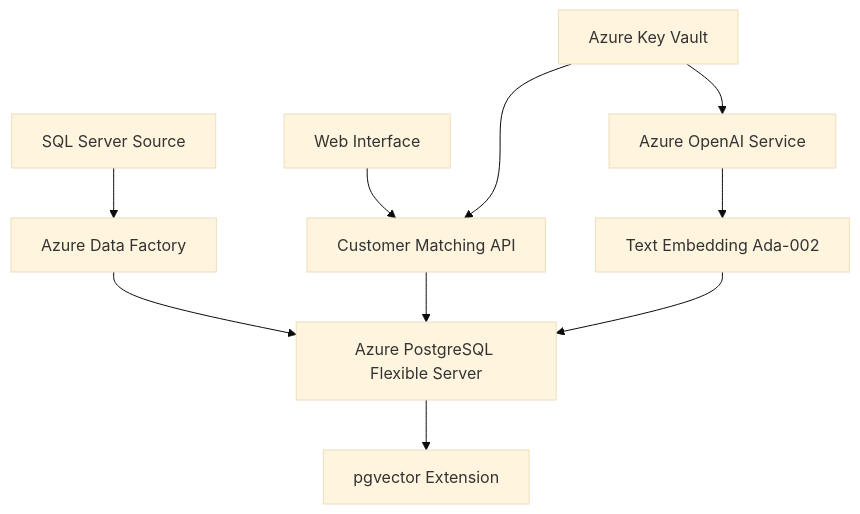
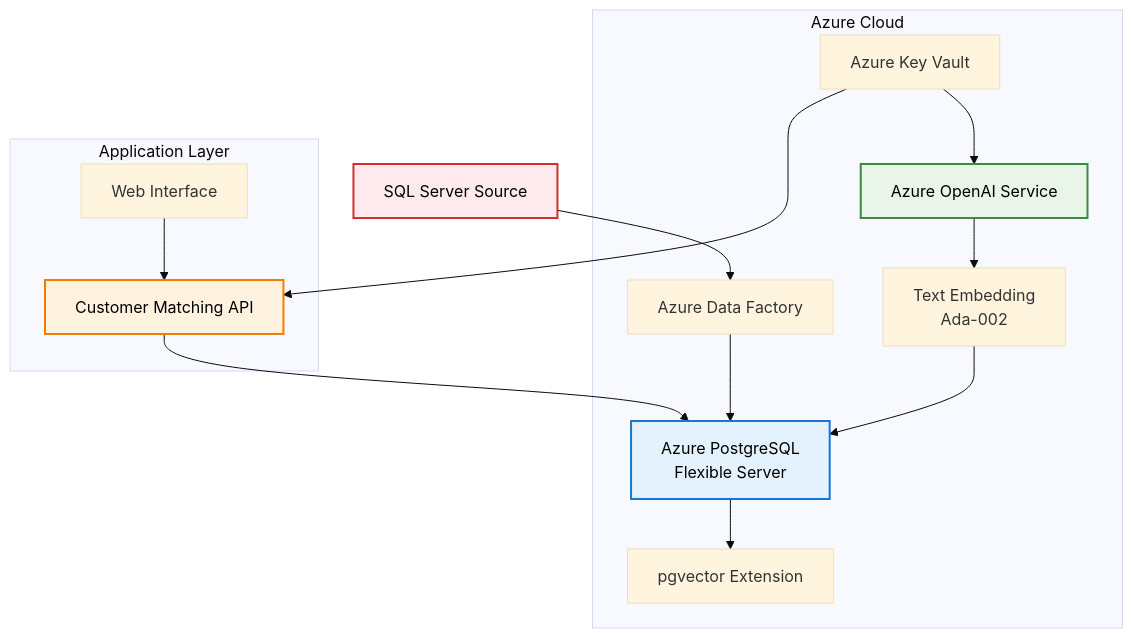
Before and after one commit to bravegeek/az-vectordb: the diagram in README.md, drawn with Mermaid (base theme).

````diff
--- a/README.md
+++ b/README.md
@@ -7,12 +7,31 @@
 ```mermaid
 graph TB
     A[SQL Server Source] --> B[Azure Data Factory]
-    B --> C[Azure PostgreSQL Flexible Server]
+    B --> C[Azure PostgreSQL<br/>Flexible Server]
     C --> D[pgvector Extension]
     E[Customer Matching API] --> C
-    F[Azure OpenAI Service] --> G[Text Embedding Ada-002]
+    F[Azure OpenAI Service] --> G[Text Embedding<br/>Ada-002]
     G --> C
     H[Web Interface] --> E
     I[Azure Key Vault] --> E
     I --> F
+    
+    subgraph "Azure Cloud"
+        B
+        C
+        D
+        F
+        G
+        I
+    end
+    
+    subgraph "Application Layer"
+        E
+        H
+    end
+    
+    style A fill:#ffebee,stroke:#d32f2f,stroke-width:2px,color:#000
+    style C fill:#e3f2fd,stroke:#1976d2,stroke-width:2px,color:#000
+    style F fill:#e8f5e8,stroke:#388e3c,stroke-width:2px,color:#000
+    style E fill:#fff3e0,stroke:#f57c00,stroke-width:2px,color:#000
 ```
````
